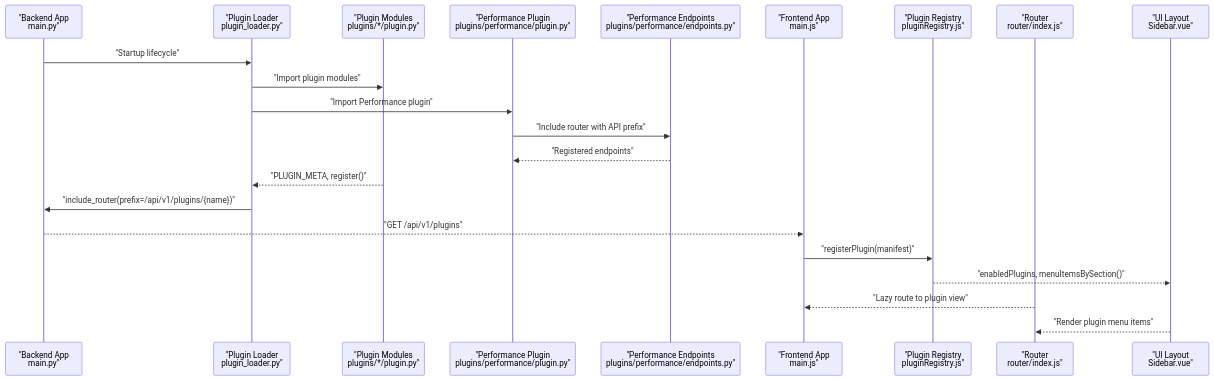
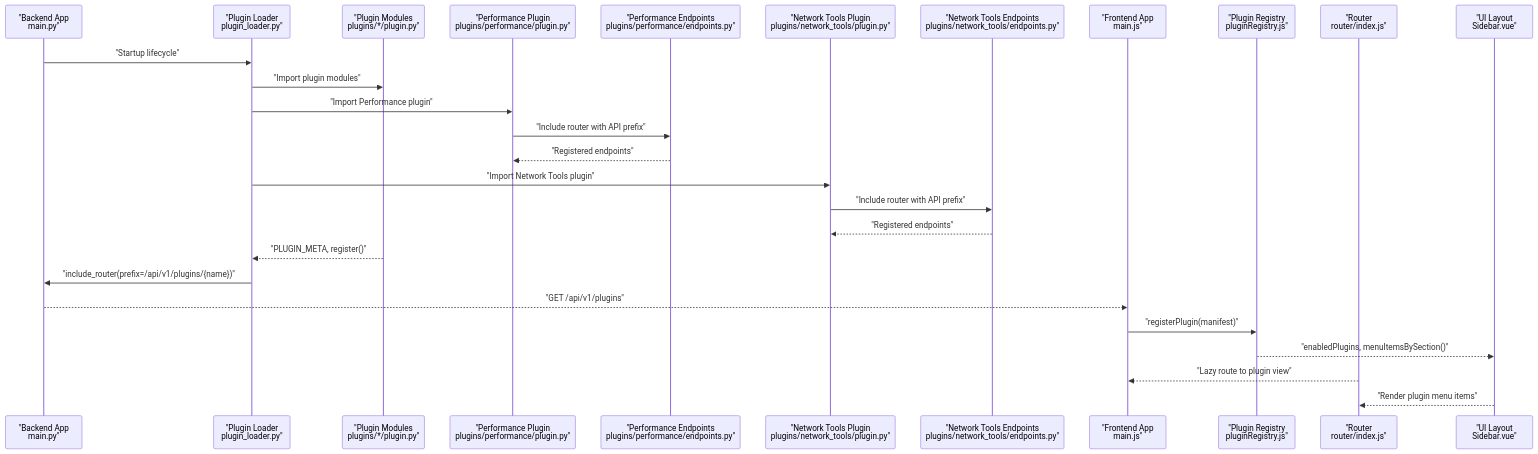
One commit to Nikita5543/New-SSO-02 changed the second of 11 diagrams in .qoder/repowiki/en/content/Plugin System Architecture/Frontend Plugin Integration.md. Above: the diagram before and after it, drawn with Mermaid. The commit also changed other lines of this file and 6 other files, not shown here.

````diff
--- a/.qoder/repowiki/en/content/Plugin System Architecture/Frontend Plugin Integration.md
+++ b/.qoder/repowiki/en/content/Plugin System Architecture/Frontend Plugin Integration.md
@@ -143,24 +156,29 @@
 ```mermaid
 sequenceDiagram
 participant BE as "Backend App<br/>main.py"
 participant PL as "Plugin Loader<br/>plugin_loader.py"
 participant PM as "Plugin Modules<br/>plugins/*/plugin.py"
 participant PERF as "Performance Plugin<br/>plugins/performance/plugin.py"
 participant EP as "Performance Endpoints<br/>plugins/performance/endpoints.py"
+participant NT as "Network Tools Plugin<br/>plugins/network_tools/plugin.py"
+participant NTE as "Network Tools Endpoints<br/>plugins/network_tools/endpoints.py"
 participant FE as "Frontend App<br/>main.js"
 participant PR as "Plugin Registry<br/>pluginRegistry.js"
 participant RT as "Router<br/>router/index.js"
 participant UI as "UI Layout<br/>Sidebar.vue"
 BE->>PL : "Startup lifecycle"
 PL->>PM : "Import plugin modules"
 PL->>PERF : "Import Performance plugin"
 PERF->>EP : "Include router with API prefix"
 EP-->>PERF : "Registered endpoints"
+PL->>NT : "Import Network Tools plugin"
+NT->>NTE : "Include router with API prefix"
+NTE-->>NT : "Registered endpoints"
 PM-->>PL : "PLUGIN_META, register()"
 PL->>BE : "include_router(prefix=/api/v1/plugins/{name})"
 BE-->>FE : "GET /api/v1/plugins"
 FE->>PR : "registerPlugin(manifest)"
 PR-->>UI : "enabledPlugins, menuItemsBySection()"
 RT-->>FE : "Lazy route to plugin view"
 UI-->>RT : "Render plugin menu items"
 ```
````
